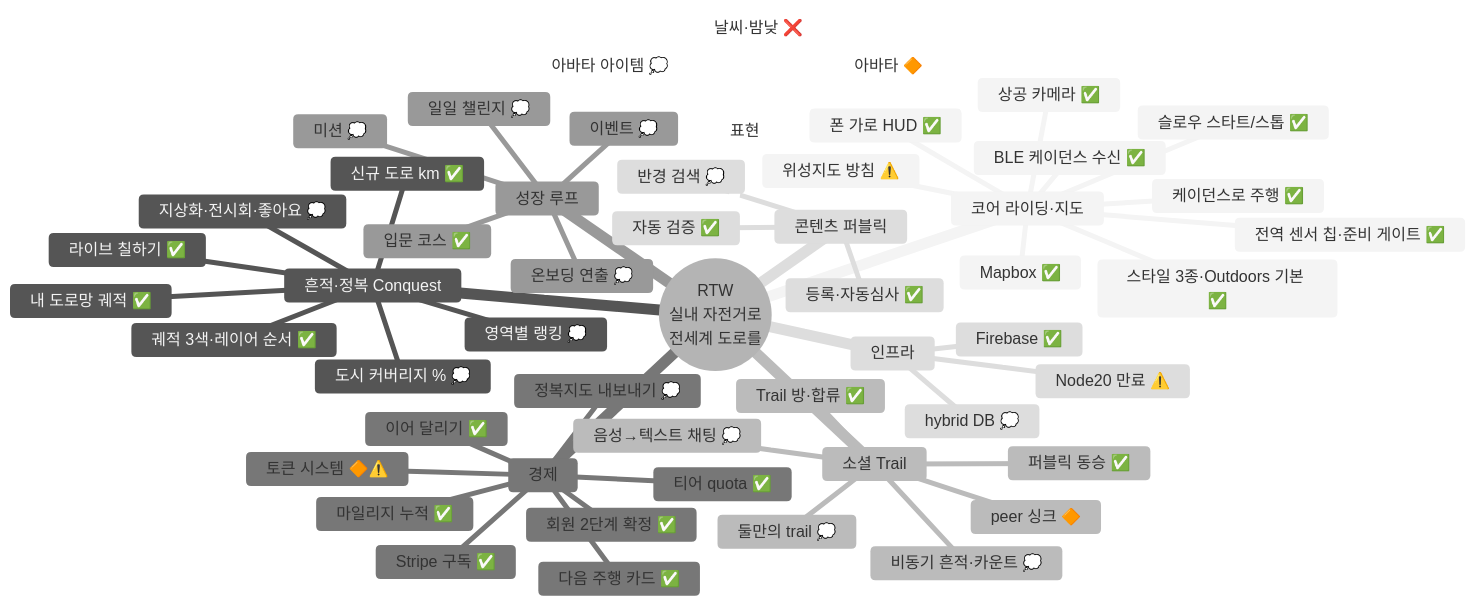
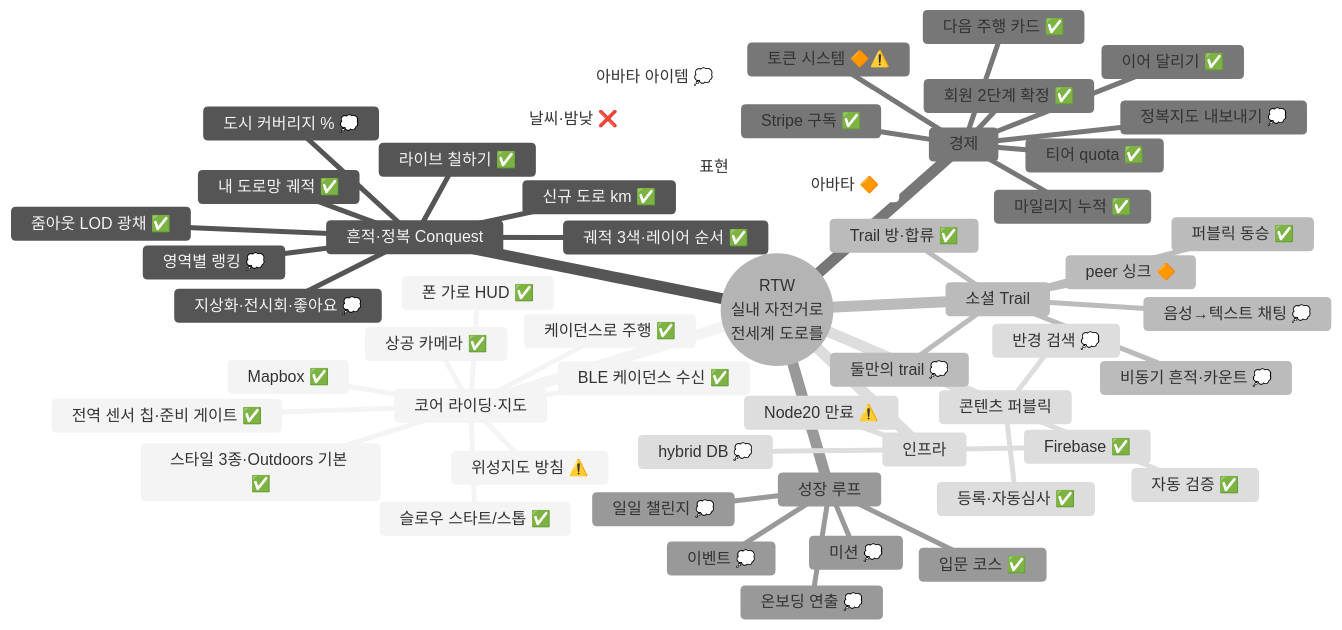
The diagram in document/260707-RTW-기능-인벤토리-상태보드.md (parkstery/boxcycle), drawn with Mermaid (neutral theme) before and after one commit. The commit also changed other lines of this file and 5 other files, not shown here.

First line of the commit message:
feat(conquest): 내 도로망 줌아웃 LOD 집계 광채

````diff
--- a/document/260707-RTW-기능-인벤토리-상태보드.md
+++ b/document/260707-RTW-기능-인벤토리-상태보드.md
@@ -19,56 +19,57 @@
 ```mermaid
 mindmap
   root((RTW<br/>실내 자전거로<br/>전세계 도로를))
     코어 라이딩·지도
       Mapbox ✅
       스타일 3종·Outdoors 기본 ✅
       상공 카메라 ✅
       폰 가로 HUD ✅
       위성지도 방침 ⚠️
       슬로우 스타트/스톱 ✅
       BLE 케이던스 수신 ✅
       케이던스로 주행 ✅
       전역 센서 칩·준비 게이트 ✅
     흔적·정복 Conquest
       내 도로망 궤적 ✅
       궤적 3색·레이어 순서 ✅
+      줌아웃 LOD 광채 ✅
       신규 도로 km ✅
       라이브 칠하기 ✅
       도시 커버리지 % 💭
       지상화·전시회·좋아요 💭
       영역별 랭킹 💭
     소셜 Trail
       Trail 방·합류 ✅
       퍼블릭 동승 ✅
       peer 싱크 🔶
       비동기 흔적·카운트 💭
       둘만의 trail 💭
       음성→텍스트 채팅 💭
     경제
       티어 quota ✅
       이어 달리기 ✅
       다음 주행 카드 ✅
       Stripe 구독 ✅
       마일리지 누적 ✅
       토큰 시스템 🔶⚠️
       회원 2단계 확정 ✅
       정복지도 내보내기 💭
     성장 루프
       입문 코스 ✅
       온보딩 연출 💭
       미션 💭
       이벤트 💭
       일일 챌린지 💭
     콘텐츠 퍼블릭
       등록·자동심사 ✅
       자동 검증 ✅
       반경 검색 💭
     표현
       날씨·밤낮 ❌
       아바타 🔶
       아바타 아이템 💭
     인프라
       Firebase ✅
       hybrid DB 💭
       Node20 만료 ⚠️
 ```
````
